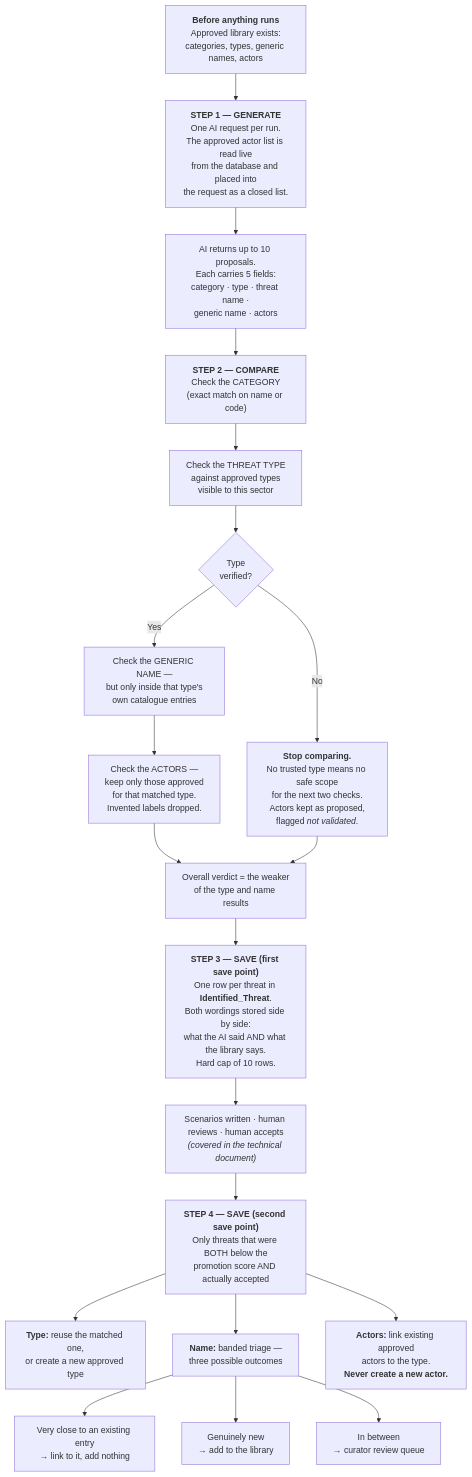
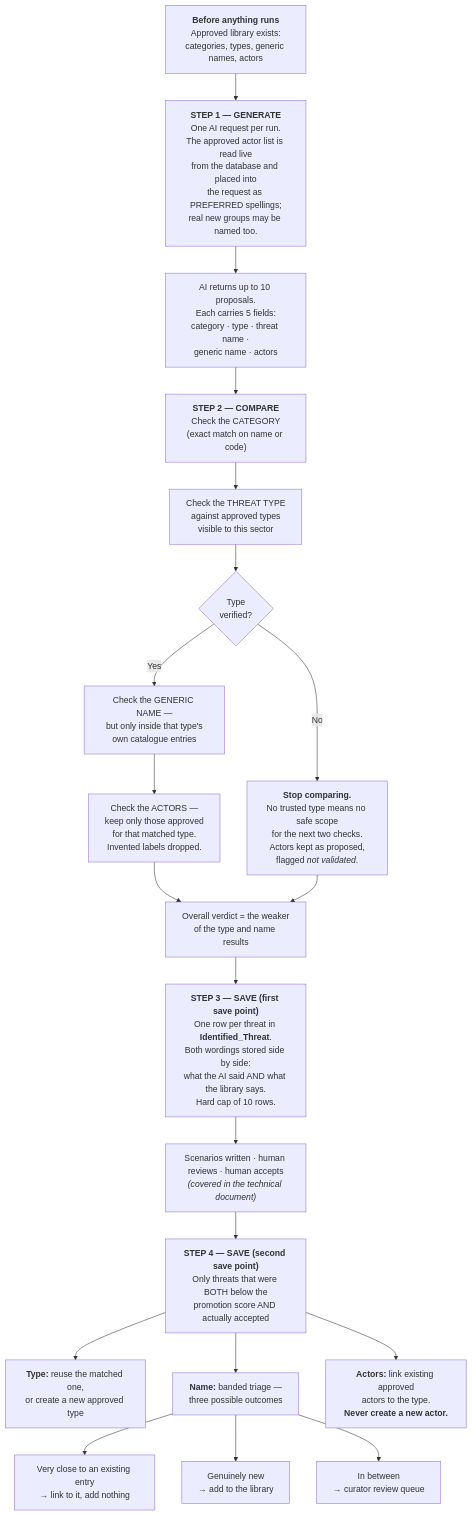
The diagram in docs/THREAT_WORKFLOW_BUSINESS.md (gopalchettri/tsg), drawn with Mermaid before and after one commit. The commit also changed other lines of this file and 41 other files, not shown here.

````diff
--- a/docs/THREAT_WORKFLOW_BUSINESS.md
+++ b/docs/THREAT_WORKFLOW_BUSINESS.md
@@ -65,33 +65,33 @@
 ```mermaid
 flowchart TD
     A["<b>Before anything runs</b><br/>Approved library exists:<br/>categories, types, generic names, actors"] --> B
 
-    B["<b>STEP 1 — GENERATE</b><br/>One AI request per run.<br/>The approved actor list is read live<br/>from the database and placed into<br/>the request as a closed list."] --> C
+    B["<b>STEP 1 — GENERATE</b><br/>One AI request per run.<br/>The approved actor list is read live<br/>from the database and placed into<br/>the request as PREFERRED spellings;<br/>real new groups may be named too."] --> C
 
     C["AI returns up to 10 proposals.<br/>Each carries 5 fields:<br/>category · type · threat name ·<br/>generic name · actors"] --> D
 
     D["<b>STEP 2 — COMPARE</b><br/>Check the CATEGORY<br/>(exact match on name or code)"] --> E
     E["Check the THREAT TYPE<br/>against approved types<br/>visible to this sector"] --> F{"Type<br/>verified?"}
 
     F -->|"No"| G["<b>Stop comparing.</b><br/>No trusted type means no safe scope<br/>for the next two checks.<br/>Actors kept as proposed,<br/>flagged <i>not validated</i>."]
     F -->|"Yes"| H["Check the GENERIC NAME —<br/>but only inside that type's<br/>own catalogue entries"]
 
     H --> I["Check the ACTORS —<br/>keep only those approved<br/>for that matched type.<br/>Invented labels dropped."]
 
     I --> J["Overall verdict = the weaker<br/>of the type and name results"]
     G --> J
 
     J --> K["<b>STEP 3 — SAVE (first save point)</b><br/>One row per threat in <b>Identified_Threat</b>.<br/>Both wordings stored side by side:<br/>what the AI said AND what the library says.<br/>Hard cap of 10 rows."]
 
     K --> L["Scenarios written · human reviews · human accepts<br/><i>(covered in the technical document)</i>"]
 
     L --> M["<b>STEP 4 — SAVE (second save point)</b><br/>Only threats that were BOTH below the<br/>promotion score AND actually accepted"]
 
     M --> N["<b>Type:</b> reuse the matched one,<br/>or create a new approved type"]
     M --> O["<b>Name:</b> banded triage —<br/>three possible outcomes"]
     M --> P["<b>Actors:</b> link existing approved<br/>actors to the type.<br/><b>Never create a new actor.</b>"]
 
     O --> O1["Very close to an existing entry<br/>→ link to it, add nothing"]
     O --> O2["Genuinely new<br/>→ add to the library"]
     O --> O3["In between<br/>→ curator review queue"]
 ```
````
